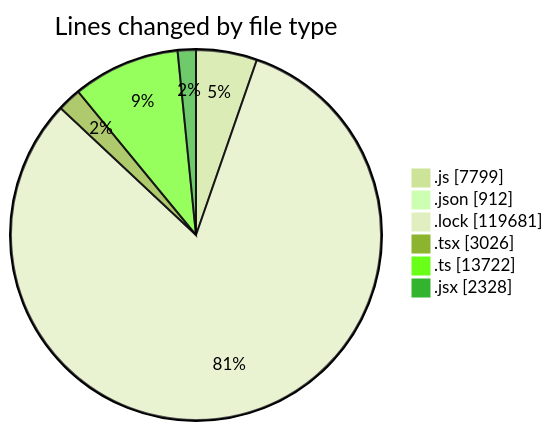
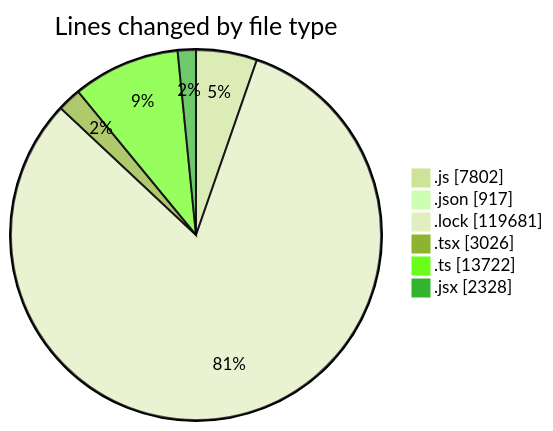
The first of 2 diagrams in 2025-12-18/cda/README.md (momahboobian/code-tracking), drawn with Mermaid (forest theme) before and after one commit. The commit also changed other lines of this file and 1 other file, not shown here.

````diff
--- a/2025-12-18/cda/README.md
+++ b/2025-12-18/cda/README.md
@@ -108,10 +108,10 @@
 ```mermaid
 pie showData
 title Lines changed by file type
-".js" : 7799
-".json" : 912
+".js" : 7802
+".json" : 917
 ".lock" : 119681
 ".tsx" : 3026
 ".ts" : 13722
 ".jsx" : 2328
 ```
````
